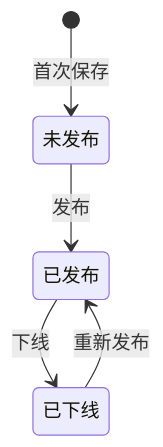
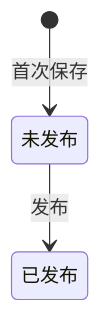
The fourth of 5 diagrams in prd/about-us/luna-about-us-prd-02-flows.md (wxblockchain/luna), drawn with Mermaid before and after one commit. The commit also changed other lines of this file and 2 other files, not shown here.

````diff
--- a/prd/about-us/luna-about-us-prd-02-flows.md
+++ b/prd/about-us/luna-about-us-prd-02-flows.md
@@ -91,7 +92,5 @@
 ```mermaid
 stateDiagram-v2
     [*] --> 未发布: 首次保存
     未发布 --> 已发布: 发布
-    已发布 --> 已下线: 下线
-    已下线 --> 已发布: 重新发布
 ```
````
